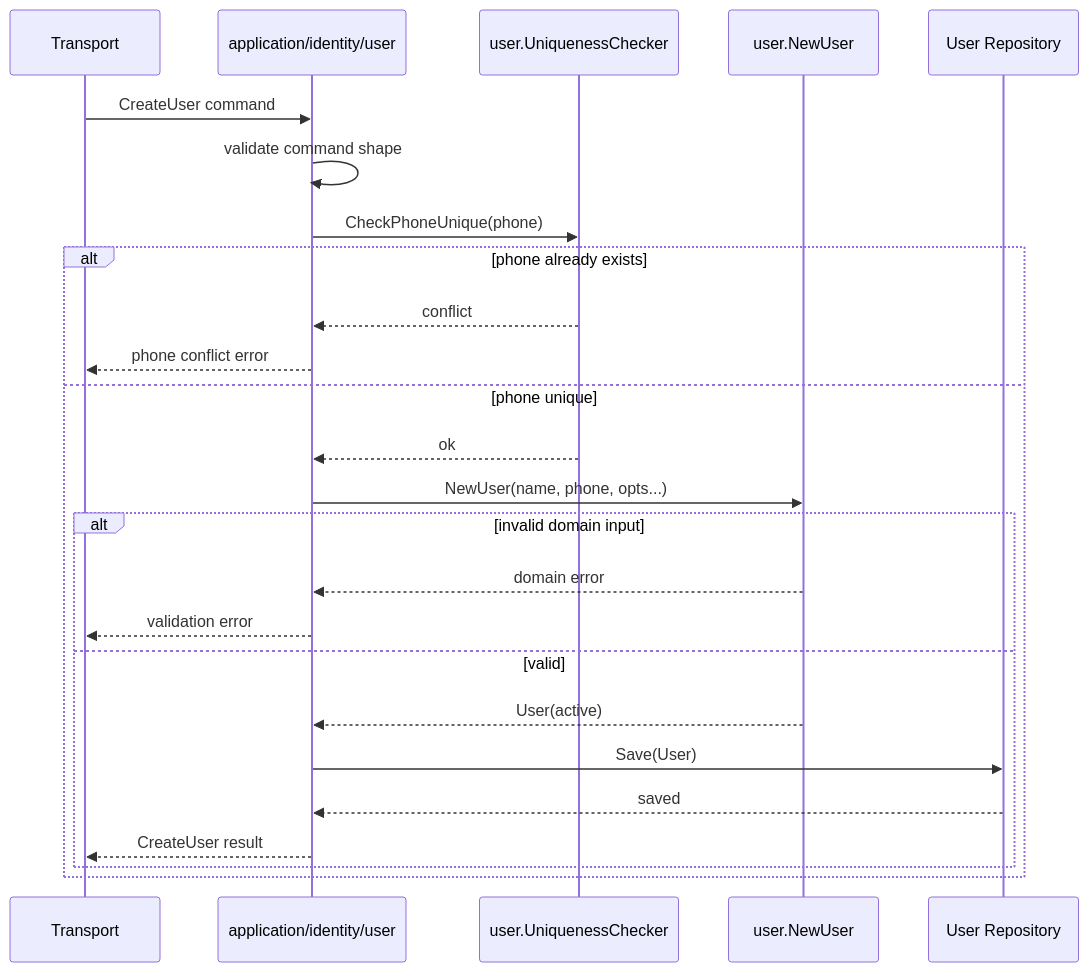
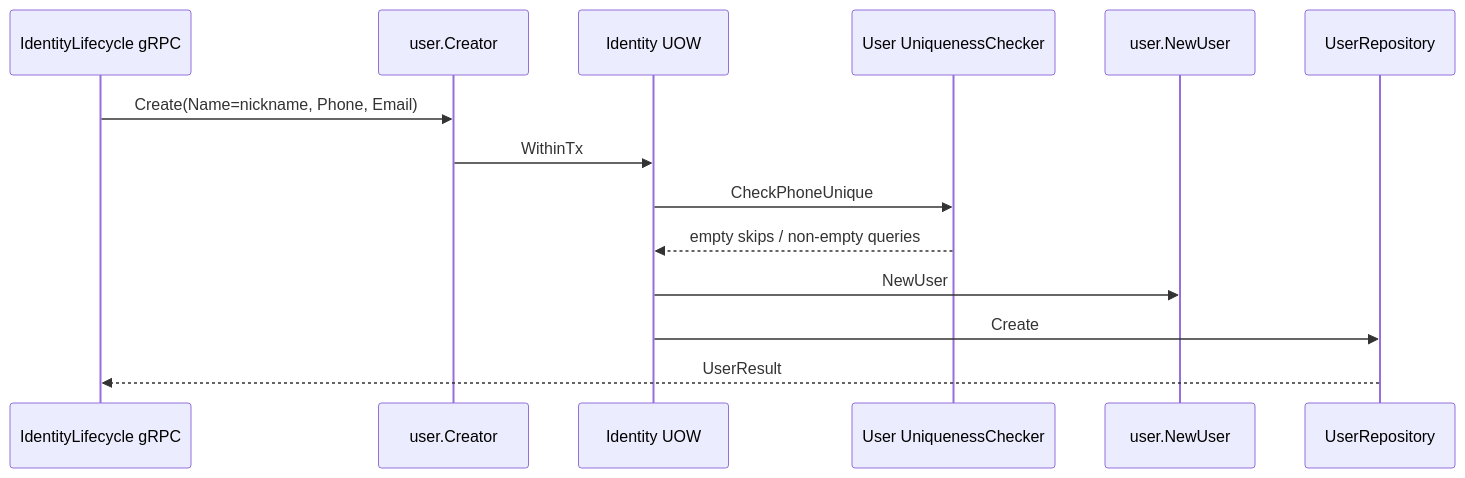
The second of 4 diagrams in docs/02-业务模块/01-Identity/02-关键链路-创建User与Profile.md (FangcunMount/iam), drawn with Mermaid before and after one commit. The commit also changed other lines of this file and 7 other files, not shown here.

````diff
--- a/docs/02-业务模块/01-Identity/02-关键链路-创建User与Profile.md
+++ b/docs/02-业务模块/01-Identity/02-关键链路-创建User与Profile.md
@@ -189,28 +245,17 @@
 ```mermaid
 sequenceDiagram
-    participant T as Transport
-    participant A as application/identity/user
-    participant UQ as user.UniquenessChecker
+    participant G as IdentityLifecycle gRPC
+    participant A as user.Creator
+    participant U as Identity UOW
+    participant C as User UniquenessChecker
     participant D as user.NewUser
-    participant R as User Repository
+    participant R as UserRepository
 
-    T->>A: CreateUser command
-    A->>A: validate command shape
-    A->>UQ: CheckPhoneUnique(phone)
-    alt phone already exists
-        UQ-->>A: conflict
-        A-->>T: phone conflict error
-    else phone unique
-        UQ-->>A: ok
-        A->>D: NewUser(name, phone, opts...)
-        alt invalid domain input
-            D-->>A: domain error
-            A-->>T: validation error
-        else valid
-            D-->>A: User(active)
-            A->>R: Save(User)
-            R-->>A: saved
-            A-->>T: CreateUser result
-        end
-    end
+    G->>A: Create(Name=nickname, Phone, Email)
+    A->>U: WithinTx
+    U->>C: CheckPhoneUnique
+    C-->>U: empty skips / non-empty queries
+    U->>D: NewUser
+    U->>R: Create
+    R-->>G: UserResult
 ```
````
